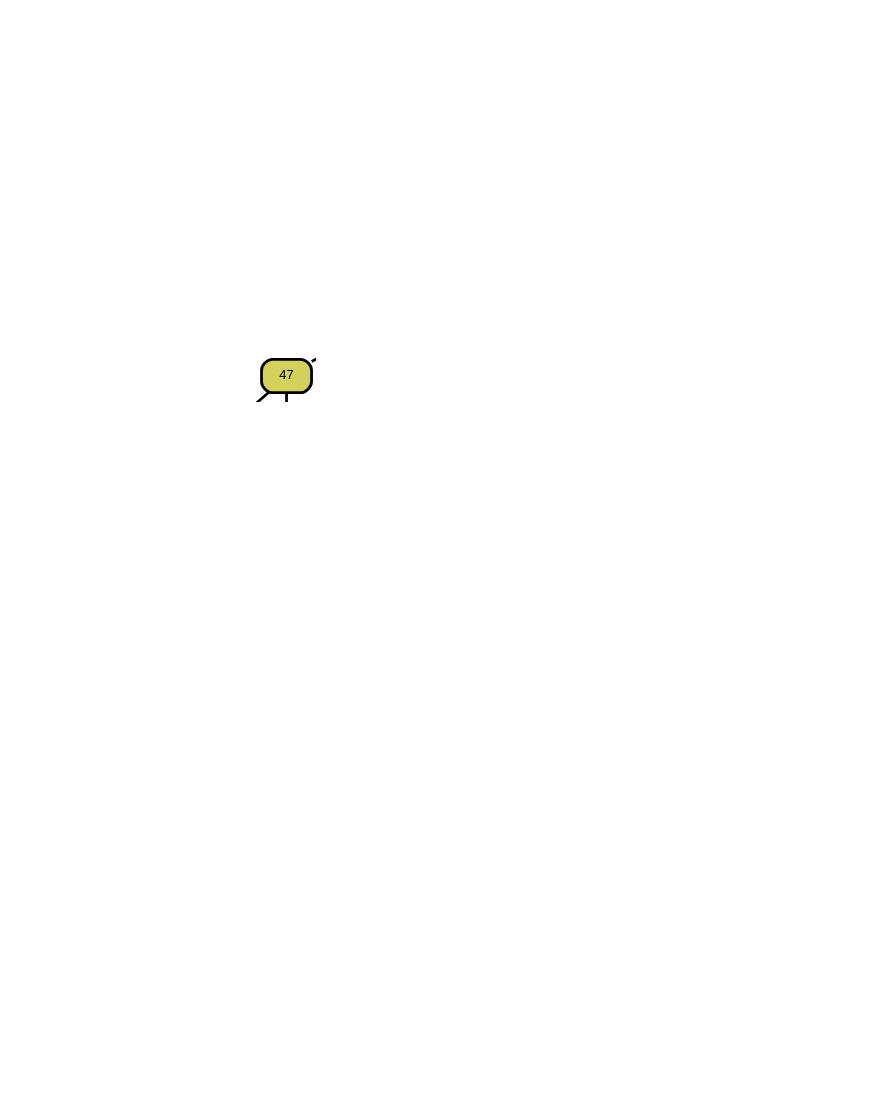
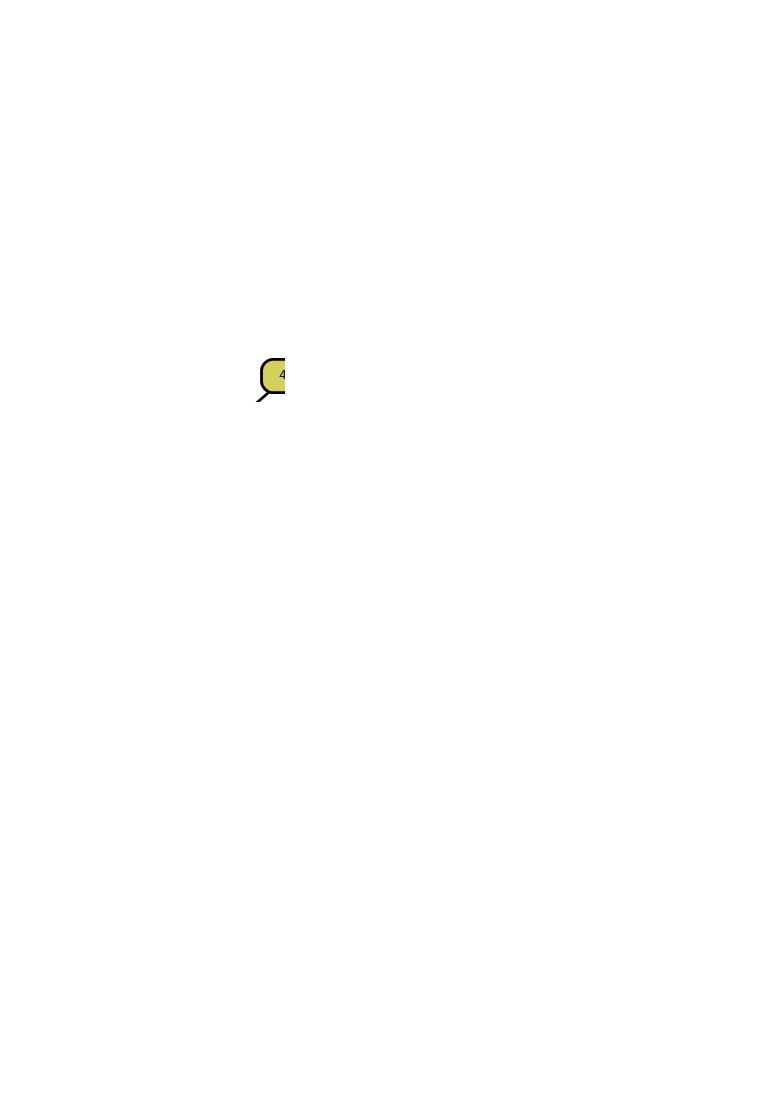
Before and after one commit to zeroknowledgediscovery/zcad: the diagram in qanalysis/cjust/19.dot, drawn with Graphviz. The commit also changed 287 other files, not shown here.

```diff
--- a/qanalysis/cjust/19.dot
+++ b/qanalysis/cjust/19.dot
@@ -1,116 +1,122 @@
 graph Tree {
 node [shape=box, style="filled, rounded",color="black",penwidth="3",fontcolor="black",                 fontname=helvetica] ;
 graph [ranksep="0 equally", splines=straight,                 bgcolor=transparent, dpi=200] ;
 edge [fontname=helvetica, color=black] ;
 0 [label="2
 Prob: 0.778
 Frac: 0.009", fillcolor="#78f567"] ;
 1 [label="17", fillcolor="#95ea63"] ;
 2 [label="2
 Prob: 0.5
 Frac: 0.014", fillcolor="#a8e361"] ;
 3 [label="47", fillcolor="#d3d05b"] ;
 4 [label="2
 Prob: 0.5
 Frac: 0.002", fillcolor="#b4aaaa"] ;
 5 [label="55", fillcolor="#e1ca5a"] ;
 6 [label="1
 Prob: 0.854
 Frac: 0.08", fillcolor="#e9ca55"] ;
 7 [label="7", fillcolor="#e3cc55"] ;
 8 [label="2
 Prob: 1.0
 Frac: 0.004", fillcolor="#6aff55"] ;
 9 [label="188", fillcolor="#9bea55"] ;
 10 [label="1
 Prob: 1.0
 Frac: 0.002", fillcolor="#ffc155"] ;
 11 [label="59", fillcolor="#e2cb56"] ;
 12 [label="2
 Prob: 0.5
 Frac: 0.002", fillcolor="#b4aaaa"] ;
 13 [label="48", fillcolor="#e2cb58"] ;
 14 [label="1
 Prob: 1.0
 Frac: 0.006", fillcolor="#ffc155"] ;
 15 [label="21", fillcolor="#dbcc67"] ;
 16 [label="1
 Prob: 0.333
 Frac: 0.003", fillcolor="#94e38d"] ;
 17 [label="20", fillcolor="#bfd368"] ;
-18 [label="3
+18 [label="4
+Prob: 0.429
+Frac: 0.007", fillcolor="#a3b0ce"] ;
+19 [label="55", fillcolor="#aeda6c"] ;
+20 [label="3
 Prob: 0.5
 Frac: 0.008", fillcolor="#72edaa"] ;
-19 [label="21", fillcolor="#b7d56e"] ;
-20 [label="1
-Prob: 0.514
-Frac: 0.07", fillcolor="#bcd75e"] ;
-21 [label="18", fillcolor="#bcd36b"] ;
+21 [label="21", fillcolor="#b7d76b"] ;
 22 [label="1
-Prob: 0.471
-Frac: 0.05", fillcolor="#bbce7d"] ;
-23 [label="2", fillcolor="#aeda6c"] ;
-24 [label="2
-Prob: 0.719
-Frac: 0.031", fillcolor="#89ec64"] ;
-25 [label="18", fillcolor="#b0d672"] ;
-26 [label="4
+Prob: 0.556
+Frac: 0.079", fillcolor="#bfd75d"] ;
+23 [label="57", fillcolor="#c1d65f"] ;
+24 [label="1
+Prob: 0.5
+Frac: 0.004", fillcolor="#d9b57f"] ;
+25 [label="10", fillcolor="#bbd567"] ;
+26 [label="1
+Prob: 0.4
+Frac: 0.034", fillcolor="#afd47b"] ;
+27 [label="2", fillcolor="#afdb68"] ;
+28 [label="2
+Prob: 0.75
+Frac: 0.027", fillcolor="#89f15b"] ;
+29 [label="18", fillcolor="#b0d672"] ;
+30 [label="4
 Prob: 0.455
 Frac: 0.011", fillcolor="#d29dc1"] ;
-27 [label="30", fillcolor="#a1d38c"] ;
-28 [label="2
-Prob: 0.607
-Frac: 0.104", fillcolor="#8be37c"] ;
-29 [label="18", fillcolor="#8dd995"] ;
-30 [label="2
-Prob: 0.469
-Frac: 0.303", fillcolor="#8dd69d"] ;
-31 [label="18", fillcolor="#91d2a0"] ;
-32 [label="4
-Prob: 0.341
-Frac: 0.123", fillcolor="#9ebbc3"] ;
-33 [label="20", fillcolor="#a9c59a"] ;
-34 [label="4
-Prob: 0.541
-Frac: 0.108", fillcolor="#bf9ccd"] ;
-35 [label="18", fillcolor="#cf89dc"] ;
-36 [label="4
-Prob: 0.824
-Frac: 0.072", fillcolor="#e86ef1"] ;
+31 [label="30", fillcolor="#a1d38c"] ;
+32 [label="2
+Prob: 0.535
+Frac: 0.22", fillcolor="#8fda8c"] ;
+33 [label="57", fillcolor="#92d497"] ;
+34 [label="2
+Prob: 0.421
+Frac: 0.148", fillcolor="#95cca7"] ;
+35 [label="57", fillcolor="#91d2a0"] ;
+36 [label="2
+Prob: 0.38
+Frac: 0.162", fillcolor="#8fcdb3"] ;
+37 [label="20", fillcolor="#a9c59a"] ;
+38 [label="4
+Prob: 0.654
+Frac: 0.18", fillcolor="#cf89dc"] ;
 1 -- 0 [label=" 2",penwidth=3] ;
 1 -- 2 [label=" 1\n 3\n 4",penwidth=3] ;
 3 -- 1 [label=" 2",penwidth=3] ;
 3 -- 5 [label=" 1\n 3\n 4\n 5",penwidth=3] ;
 5 -- 4 [label=" 4",penwidth=3] ;
 5 -- 13 [label=" 1\n 2\n 3\n 5",penwidth=3] ;
 7 -- 6 [label=" 1",penwidth=3] ;
 7 -- 9 [label=" 2",penwidth=3] ;
 9 -- 8 [label=" 1",penwidth=3] ;
 9 -- 10 [label=" 2\n 4",penwidth=3] ;
 11 -- 7 [label=" 1\n 3",penwidth=3] ;
 11 -- 12 [label=" 2\n 4",penwidth=3] ;
 13 -- 11 [label=" 1",penwidth=3] ;
 13 -- 15 [label=" 2\n 3",penwidth=3] ;
 15 -- 14 [label=" 1",penwidth=3] ;
 15 -- 16 [label=" 2\n 4",penwidth=3] ;
 17 -- 3 [label=" 1",penwidth=3] ;
-17 -- 25 [label=" 2\n 3",penwidth=3] ;
-19 -- 18 [label=" 3",penwidth=3] ;
-19 -- 21 [label=" 1\n 2\n 4",penwidth=3] ;
-21 -- 20 [label=" 1",penwidth=3] ;
-21 -- 22 [label=" 2",penwidth=3] ;
-23 -- 19 [label=" 1",penwidth=3] ;
-23 -- 24 [label=" 2",penwidth=3] ;
-25 -- 23 [label=" 1\n 2",penwidth=3] ;
-25 -- 26 [label=" 3\n 4",penwidth=3] ;
-27 -- 17 [label=" 1",penwidth=3] ;
-27 -- 31 [label=" 2\n 3\n 4",penwidth=3] ;
-29 -- 28 [label=" 1",penwidth=3] ;
-29 -- 30 [label=" 2",penwidth=3] ;
-31 -- 29 [label=" 1\n 2",penwidth=3] ;
-31 -- 32 [label=" 3\n 4",penwidth=3] ;
-33 -- 27 [label=" 1\n 2\n 3",penwidth=3] ;
-33 -- 35 [label=" 4",penwidth=3] ;
-35 -- 34 [label=" 1\n 2\n 3",penwidth=3] ;
-35 -- 36 [label=" 4",penwidth=3] ;
+17 -- 29 [label=" 2\n 3",penwidth=3] ;
+19 -- 18 [label=" 4",penwidth=3] ;
+19 -- 27 [label=" 1\n 2\n 3\n 5",penwidth=3] ;
+21 -- 20 [label=" 3",penwidth=3] ;
+21 -- 25 [label=" 1\n 2\n 4",penwidth=3] ;
+23 -- 22 [label=" 1\n 2",penwidth=3] ;
+23 -- 24 [label=" 3",penwidth=3] ;
+25 -- 23 [label=" 1",penwidth=3] ;
+25 -- 26 [label=" 2",penwidth=3] ;
+27 -- 21 [label=" 1",penwidth=3] ;
+27 -- 28 [label=" 2",penwidth=3] ;
+29 -- 19 [label=" 1\n 2",penwidth=3] ;
+29 -- 30 [label=" 3\n 4",penwidth=3] ;
+31 -- 17 [label=" 1",penwidth=3] ;
+31 -- 35 [label=" 2\n 3\n 4",penwidth=3] ;
+33 -- 32 [label=" 1",penwidth=3] ;
+33 -- 34 [label=" 2",penwidth=3] ;
+35 -- 33 [label=" 1\n 2",penwidth=3] ;
+35 -- 36 [label=" 3\n 4\n 5",penwidth=3] ;
+37 -- 31 [label=" 1\n 2\n 3",penwidth=3] ;
+37 -- 38 [label=" 4",penwidth=3] ;
 {rank = same;}}
```
